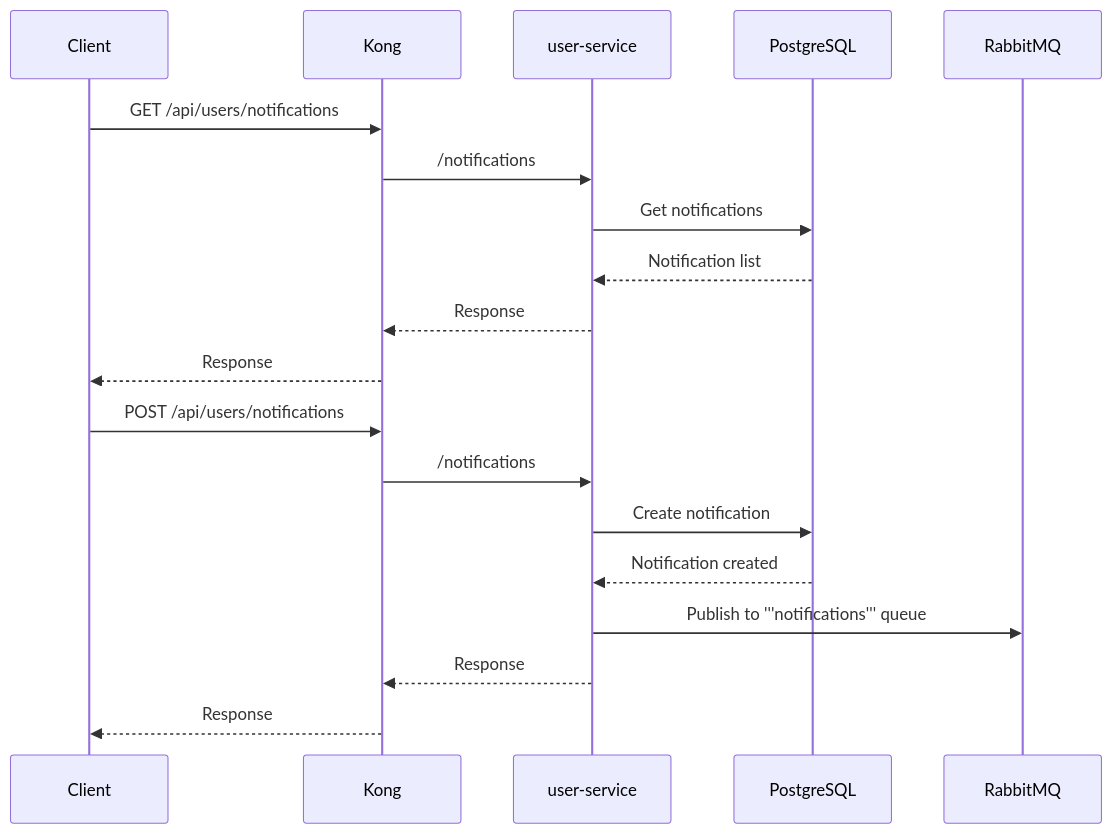
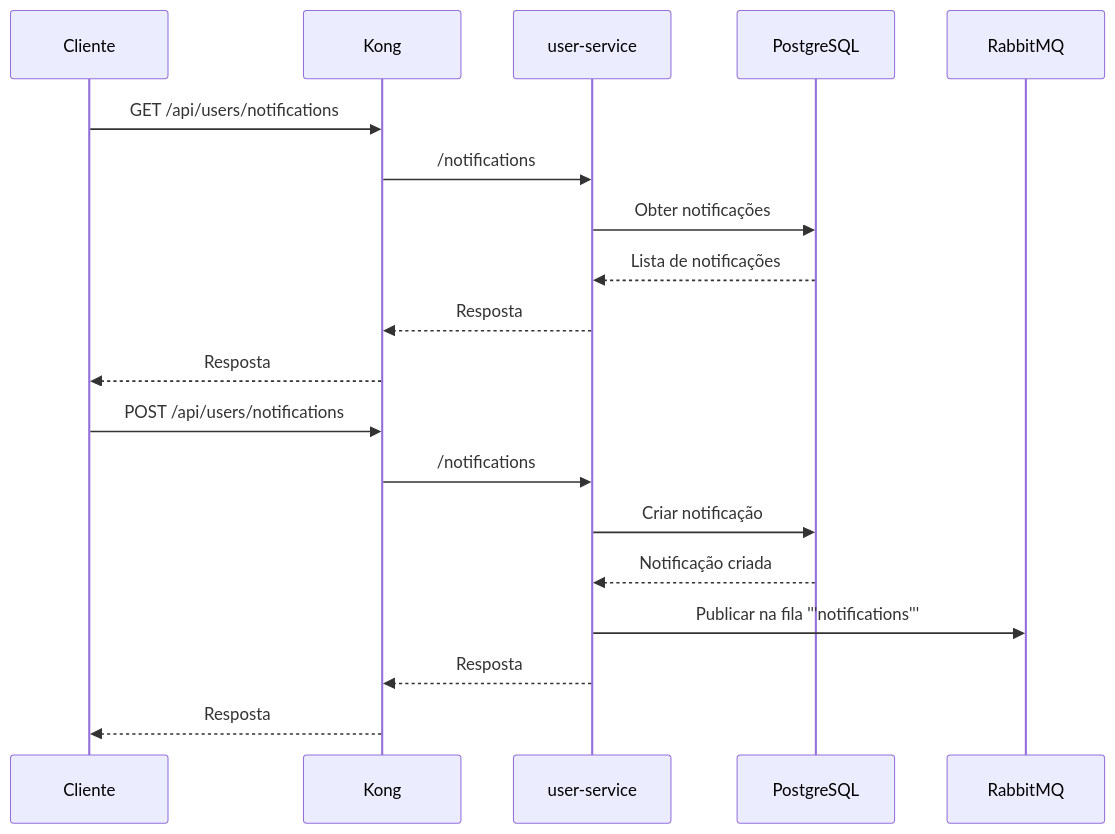
Diagram 13 of 16 in docs/diagrams.md (Thiagoldo/pos-unifametro-backend), drawn with Mermaid before and after one commit. The commit also changed other lines of this file, not shown here.

Commit message:
docs: translate diagrams.md to portuguese

````diff
--- a/docs/diagrams.md
+++ b/docs/diagrams.md
@@ -225,23 +225,23 @@
 ```mermaid
 sequenceDiagram
-    participant Client
+    participant Cliente
     participant Kong
     participant user-service
     participant PostgreSQL
     participant RabbitMQ
 
-    Client->>Kong: GET /api/users/notifications
+    Cliente->>Kong: GET /api/users/notifications
     Kong->>user-service: /notifications
-    user-service->>PostgreSQL: Get notifications
-    PostgreSQL-->>user-service: Notification list
-    user-service-->>Kong: Response
-    Kong-->>Client: Response
+    user-service->>PostgreSQL: Obter notificações
+    PostgreSQL-->>user-service: Lista de notificações
+    user-service-->>Kong: Resposta
+    Kong-->>Cliente: Resposta
 
-    Client->>Kong: POST /api/users/notifications
+    Cliente->>Kong: POST /api/users/notifications
     Kong->>user-service: /notifications
-    user-service->>PostgreSQL: Create notification
-    PostgreSQL-->>user-service: Notification created
-    user-service->>RabbitMQ: Publish to '''notifications''' queue
-    user-service-->>Kong: Response
-    Kong-->>Client: Response
+    user-service->>PostgreSQL: Criar notificação
+    PostgreSQL-->>user-service: Notificação criada
+    user-service->>RabbitMQ: Publicar na fila '''notifications'''
+    user-service-->>Kong: Resposta
+    Kong-->>Cliente: Resposta
 ```
````
